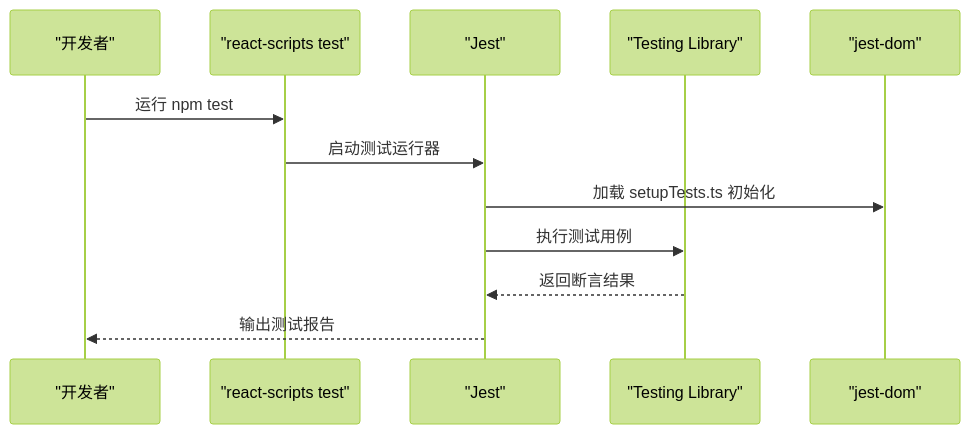
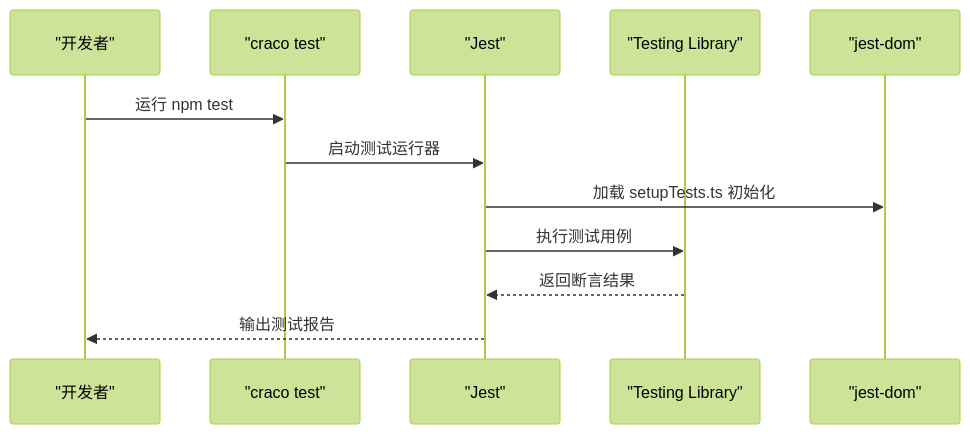
Diagram 11 of 13 in .qoder/repowiki/zh/content/开发工具链/开发工具链.md (kkxxll/reactNext), drawn with Mermaid (forest theme) before and after one commit. The commit also changed other lines of this file and 12 other files, not shown here.

````diff
--- a/.qoder/repowiki/zh/content/开发工具链/开发工具链.md
+++ b/.qoder/repowiki/zh/content/开发工具链/开发工具链.md
@@ -345,14 +432,14 @@
 ```mermaid
 sequenceDiagram
 participant Dev as "开发者"
-participant Scripts as "react-scripts test"
+participant Scripts as "craco test"
 participant Jest as "Jest"
 participant TL as "Testing Library"
 participant DOM as "jest-dom"
 Dev->>Scripts : 运行 npm test
 Scripts->>Jest : 启动测试运行器
 Jest->>DOM : 加载 setupTests.ts 初始化
 Jest->>TL : 执行测试用例
 TL-->>Jest : 返回断言结果
 Jest-->>Dev : 输出测试报告
 ```
````
